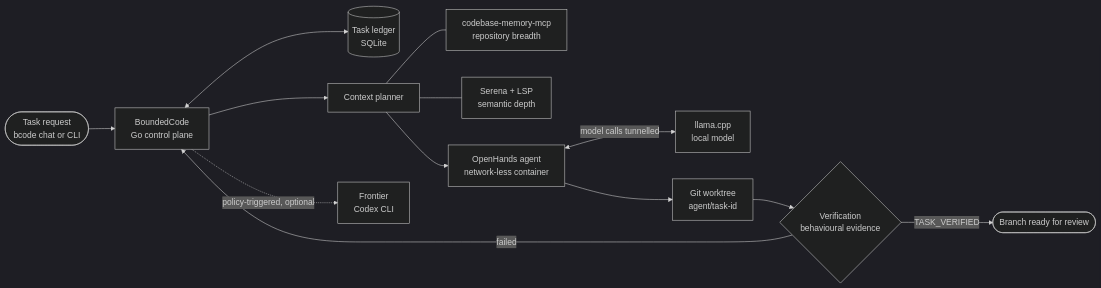
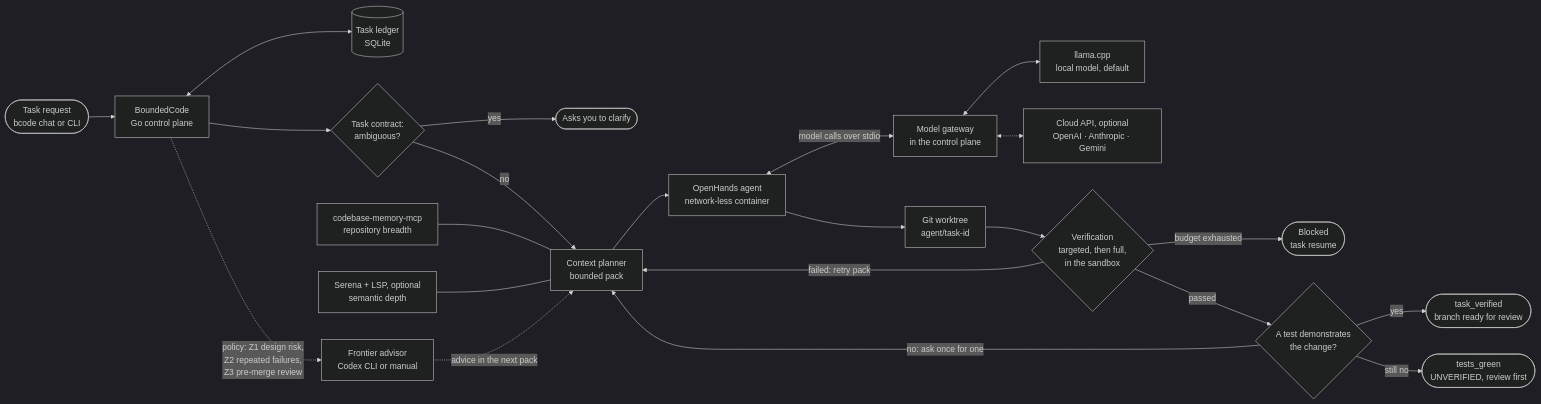
The diagram in README.md (akynte/boundedcode), drawn with Mermaid (dark theme) before and after one commit. The commit also changed other lines of this file, not shown here.

Commit message:
docs: correct the How it works diagram
The diagram showed the agent calling llama.cpp directly and every passing change as TASK_VERIFIED. It now shows model calls going through the gateway to the local model or a cloud API, the task-contract ambiguity gate, the retry loop and the blocked exit, the behavioural-evidence request with the tests_green (unverified) outcome, and frontier advice returning into the next context pack. The layer table adds the gateway and cloud APIs.

````diff
--- a/README.md
+++ b/README.md
@@ -129,15 +129,24 @@
 ```mermaid
 flowchart LR
     U([Task request<br/>bcode chat or CLI]) --> CP[BoundedCode<br/>Go control plane]
     CP <--> L[(Task ledger<br/>SQLite)]
-    CP --> P[Context planner]
-    P --- CM[codebase-memory-mcp<br/>repository breadth]
-    P --- SE[Serena + LSP<br/>semantic depth]
+    CP --> C{Task contract:<br/>ambiguous?}
+    C -->|yes| Q([Asks you to clarify])
+    C -->|no| P[Context planner<br/>bounded pack]
+    CM[codebase-memory-mcp<br/>repository breadth] --- P
+    SE[Serena + LSP, optional<br/>semantic depth] --- P
     P --> A[OpenHands agent<br/>network-less container]
-    A <-->|model calls tunnelled| M[llama.cpp<br/>local model]
+    A <-->|model calls over stdio| G[Model gateway<br/>in the control plane]
+    G <--> M[llama.cpp<br/>local model, default]
+    G <-.-> K[Cloud API, optional<br/>OpenAI · Anthropic · Gemini]
     A --> W[Git worktree<br/>agent/task-id]
-    W --> V{Verification<br/>behavioural evidence}
-    V -->|TASK_VERIFIED| R([Branch ready for review])
-    V -->|failed| CP
-    CP -.->|policy-triggered, optional| F[Frontier<br/>Codex CLI]
+    W --> V{Verification<br/>targeted, then full,<br/>in the sandbox}
+    V -->|failed: retry pack| P
+    V -->|budget exhausted| B([Blocked<br/>task resume])
+    V -->|passed| E{A test demonstrates<br/>the change?}
+    E -->|no: ask once for one| P
+    E -->|yes| R([task_verified<br/>branch ready for review])
+    E -->|still no| R2([tests_green<br/>UNVERIFIED, review first])
+    CP -.->|policy: Z1 design risk,<br/>Z2 repeated failures,<br/>Z3 pre-merge review| F[Frontier advisor<br/>Codex CLI or manual]
+    F -.->|advice in the next pack| P
 ```
````
